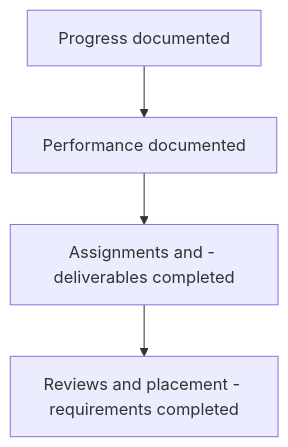
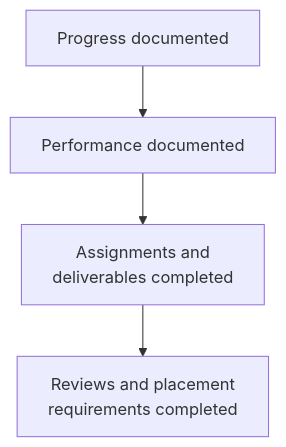
The eighth of 18 diagrams in RIAH-PATHWAY-EXPERIENTIAL-STRUCTURE/EXPERIENTIAL-STRUCTURE.md (RIAHPathway/Website-Draft), drawn with Mermaid before and after one commit. The commit also changed other lines of this file, not shown here.

Commit message:
Fix Mermaid rendering in experiential structure

````diff
--- a/RIAH-PATHWAY-EXPERIENTIAL-STRUCTURE/EXPERIENTIAL-STRUCTURE.md
+++ b/RIAH-PATHWAY-EXPERIENTIAL-STRUCTURE/EXPERIENTIAL-STRUCTURE.md
@@ -543,6 +543,6 @@
 ```mermaid
-flowchart TD
+graph TD
     A["Progress documented"] --> B["Performance documented"]
-    B --> C["Assignments and - deliverables completed"]
-    C --> D["Reviews and placement - requirements completed"]
+    B --> C["Assignments and<br/>deliverables completed"]
+    C --> D["Reviews and placement<br/>requirements completed"]
 ```
````
